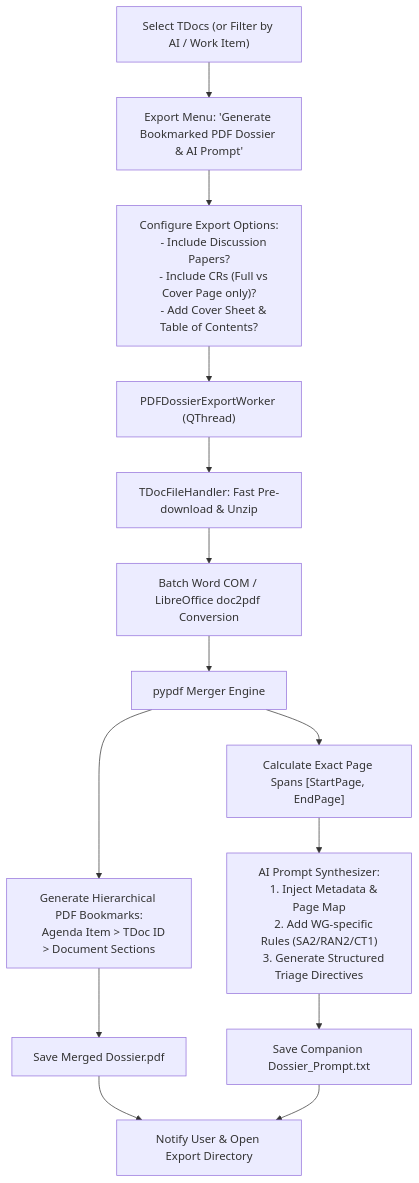
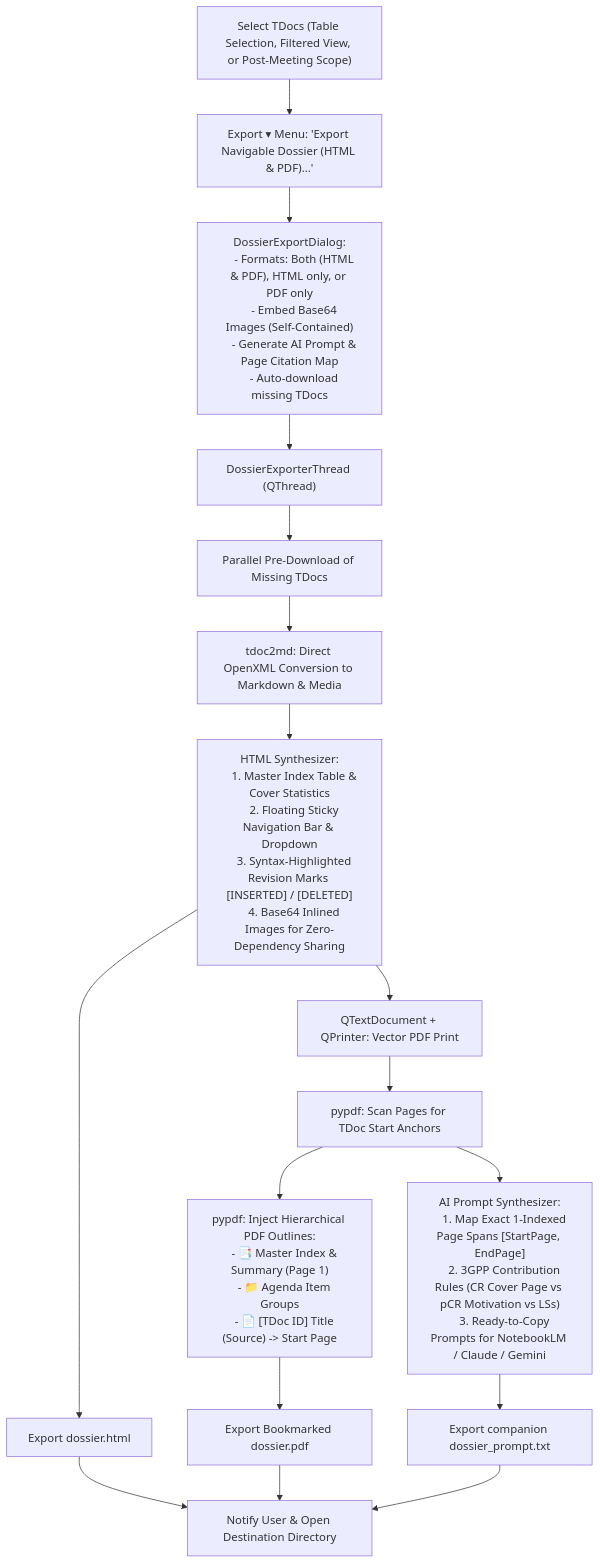
One commit to telekom/3gpp-meeting-tools changed the diagram in 3GPP Tools/docs/legacy_features/F04_bookmarked_pdf_dossier_llm_prompt.md. Above: the diagram before and after it, drawn with Mermaid. The commit also changed other lines of this file and 11 other files, not shown here.

````diff
--- a/3GPP Tools/docs/legacy_features/F04_bookmarked_pdf_dossier_llm_prompt.md
+++ b/3GPP Tools/docs/legacy_features/F04_bookmarked_pdf_dossier_llm_prompt.md
@@ -96,27 +25,38 @@
 ```mermaid
 flowchart TD
-    Selection["Select TDocs (or Filter by AI / Work Item)"] --> Launch["Export Menu: 'Generate Bookmarked PDF Dossier & AI Prompt'"]
-    Launch --> Dialog["Configure Export Options:
-    - Include Discussion Papers?
-    - Include CRs (Full vs Cover Page only)?
-    - Add Cover Sheet & Table of Contents?"]
+    Selection["Select TDocs (Table Selection, Filtered View, or Post-Meeting Scope)"] --> Launch["Export ▾ Menu: 'Export Navigable Dossier (HTML & PDF)...'"]
+    Launch --> Dialog["DossierExportDialog:
+    - Formats: Both (HTML & PDF), HTML only, or PDF only
+    - Embed Base64 Images (Self-Contained)
+    - Generate AI Prompt & Page Citation Map
+    - Auto-download missing TDocs"]
     
-    Dialog --> Worker["PDFDossierExportWorker (QThread)"]
-    Worker --> ParallelDL["TDocFileHandler: Fast Pre-download & Unzip"]
-    ParallelDL --> ConvPool["Batch Word COM / LibreOffice doc2pdf Conversion"]
-    ConvPool --> Merging["pypdf Merger Engine"]
+    Dialog --> Worker["DossierExporterThread (QThread)"]
+    Worker --> ParallelDL["Parallel Pre-Download of Missing TDocs"]
+    ParallelDL --> MDParse["tdoc2md: Direct OpenXML Conversion to Markdown & Media"]
+    MDParse --> HTMLSynth["HTML Synthesizer:
+    1. Master Index Table & Cover Statistics
+    2. Floating Sticky Navigation Bar & Dropdown
+    3. Syntax-Highlighted Revision Marks [INSERTED] / [DELETED]
+    4. Base64 Inlined Images for Zero-Dependency Sharing"]
     
-    Merging --> Bookmarking["Generate Hierarchical PDF Bookmarks:
-    Agenda Item > TDoc ID > Document Sections"]
-    Merging --> PageMapper["Calculate Exact Page Spans [StartPage, EndPage]"]
+    HTMLSynth --> SaveHTML["Export dossier.html"]
     
-    PageMapper --> PromptSynth["AI Prompt Synthesizer:
-    1. Inject Metadata & Page Map
-    2. Add WG-specific Rules (SA2/RAN2/CT1)
-    3. Generate Structured Triage Directives"]
+    HTMLSynth --> PrintEngine["QTextDocument + QPrinter: Vector PDF Print"]
+    PrintEngine --> PageScan["pypdf: Scan Pages for TDoc Start Anchors"]
+    PageScan --> Bookmarks["pypdf: Inject Hierarchical PDF Outlines:
+    - 📑 Master Index & Summary (Page 1)
+    - 📁 Agenda Item Groups
+    - 📄 [TDoc ID] Title (Source) -> Start Page"]
+    Bookmarks --> SavePDF["Export Bookmarked dossier.pdf"]
     
-    Bookmarking --> SavePDF["Save Merged Dossier.pdf"]
-    PromptSynth --> SavePrompt["Save Companion Dossier_Prompt.txt"]
-    SavePDF --> Notify["Notify User & Open Export Directory"]
-    SavePrompt --> Notify
+    PageScan --> PromptSynth["AI Prompt Synthesizer:
+    1. Map Exact 1-Indexed Page Spans [StartPage, EndPage]
+    2. 3GPP Contribution Rules (CR Cover Page vs pCR Motivation vs LSs)
+    3. Ready-to-Copy Prompts for NotebookLM / Claude / Gemini"]
+    PromptSynth --> SavePrompt["Export companion dossier_prompt.txt"]
+    
+    SaveHTML --> Complete["Notify User & Open Destination Directory"]
+    SavePDF --> Complete
+    SavePrompt --> Complete
 ```
````
